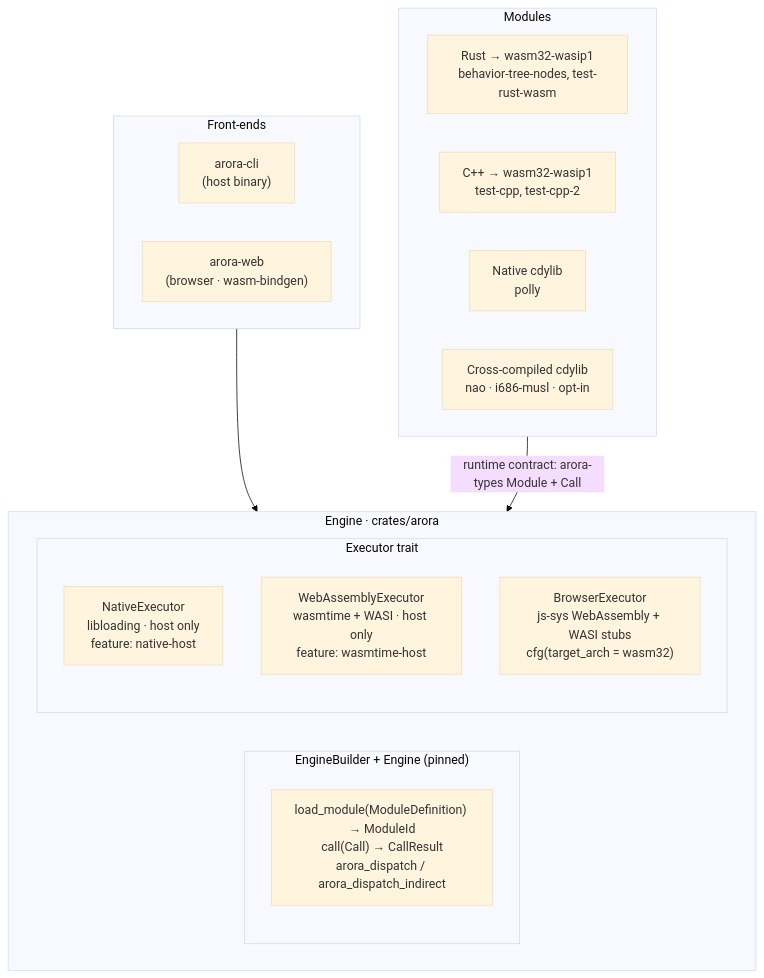
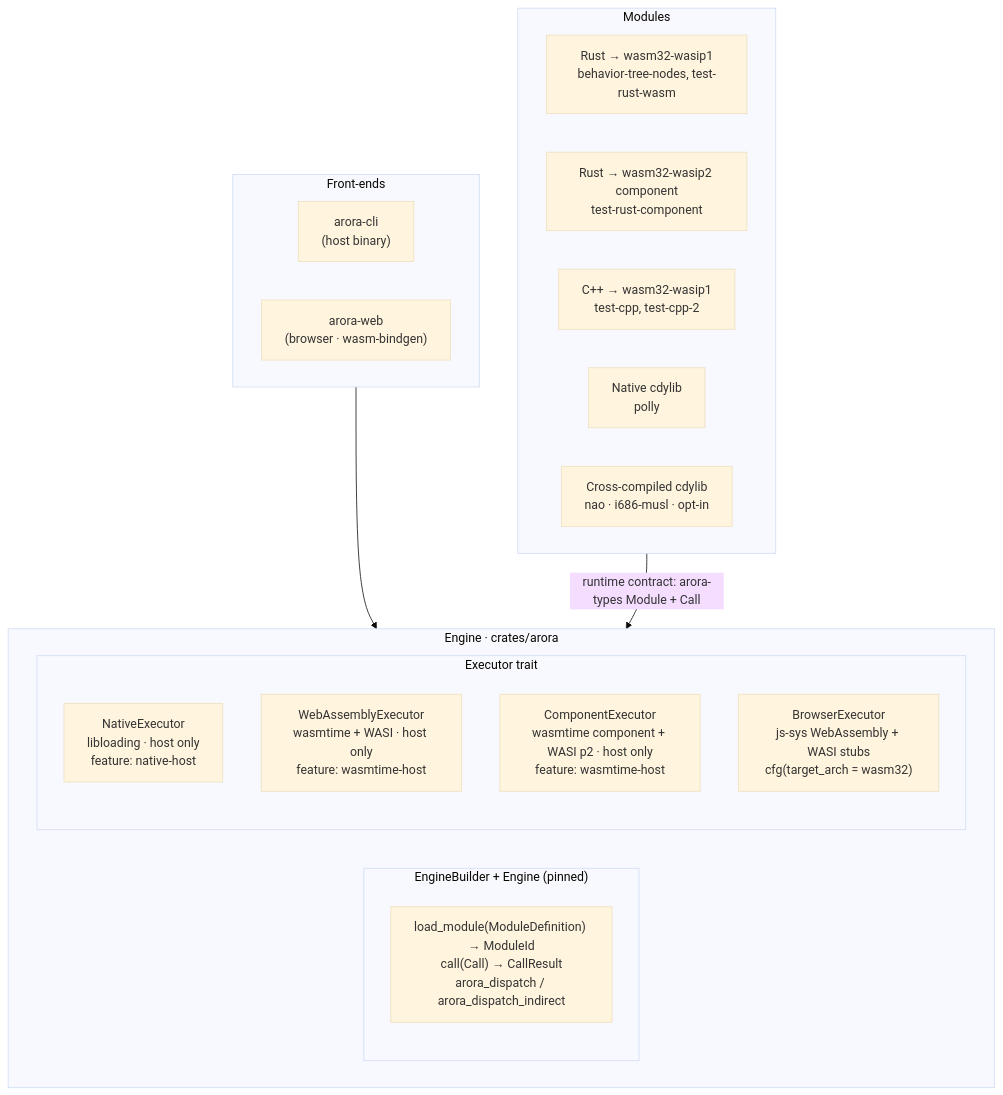
Before and after one commit to semio-ai/arora-sdk: the diagram in docs/architecture.md, drawn with Mermaid (base theme). The commit also changed other lines of this file and 4 other files, not shown here.

Commit message:
docs: describe the component executor, wasip2 target, and async browser load path

````diff
--- a/docs/architecture.md
+++ b/docs/architecture.md
@@ -51,28 +53,30 @@
 ```mermaid
 graph TB
     subgraph fe["Front-ends"]
         cli["arora-cli\n(host binary)"]
         web["arora-web\n(browser · wasm-bindgen)"]
     end
 
     subgraph eng["Engine · crates/arora"]
         subgraph engine_api["EngineBuilder + Engine (pinned)"]
             api["load_module(ModuleDefinition) → ModuleId\ncall(Call) → CallResult\narora_dispatch / arora_dispatch_indirect"]
         end
         subgraph executors["Executor trait"]
             native_exec["NativeExecutor\nlibloading · host only\nfeature: native-host"]
             wasm_exec["WebAssemblyExecutor\nwasmtime + WASI · host only\nfeature: wasmtime-host"]
+            component_exec["ComponentExecutor\nwasmtime component + WASI p2 · host only\nfeature: wasmtime-host"]
             browser_exec["BrowserExecutor\njs-sys WebAssembly + WASI stubs\ncfg(target_arch = wasm32)"]
         end
     end
 
     subgraph mods["Modules"]
         rust_wasm["Rust → wasm32-wasip1\nbehavior-tree-nodes, test-rust-wasm"]
+        rust_component["Rust → wasm32-wasip2 component\ntest-rust-component"]
         cpp_wasm["C++ → wasm32-wasip1\ntest-cpp, test-cpp-2"]
         native_cdylib["Native cdylib\npolly"]
         cross_cdylib["Cross-compiled cdylib\nnao · i686-musl · opt-in"]
     end
 
     fe --> eng
     mods -->|"runtime contract: arora-types Module + Call"| eng
 ```
````
